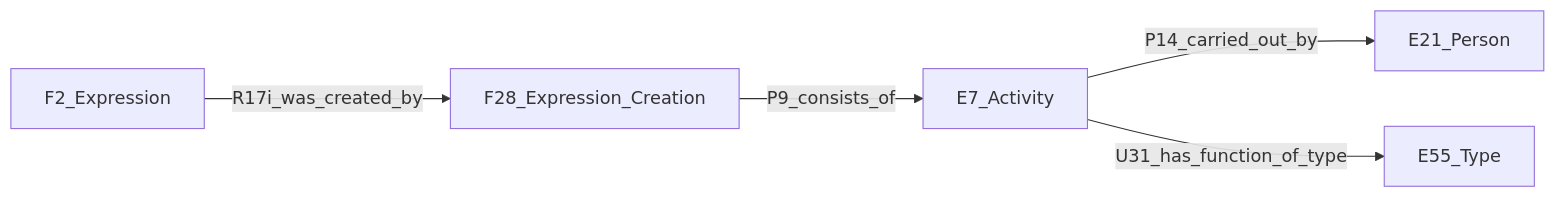
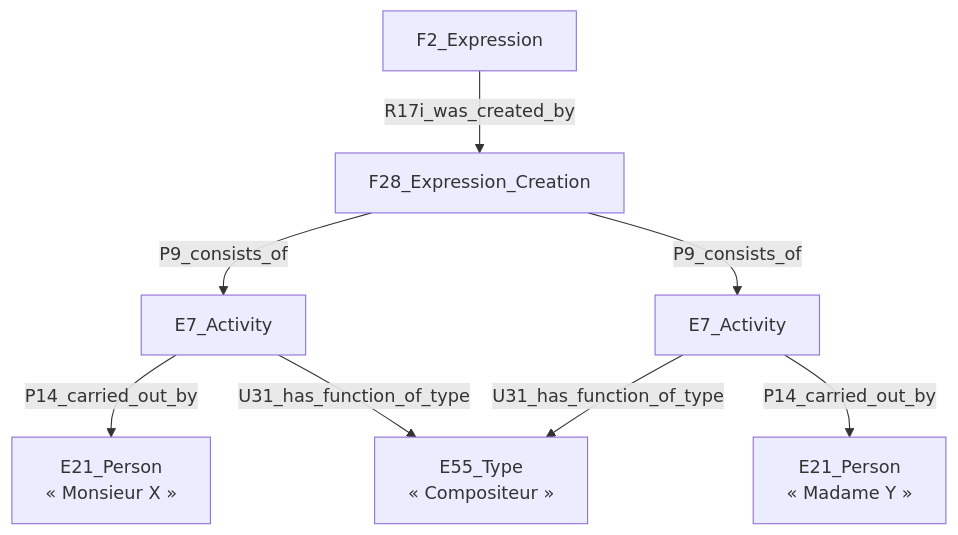
One commit to sherlock-iremus/sherlock-grist-to-crm changed the diagram in README.md. Above: the diagram before and after it, drawn with Mermaid. The commit also changed other lines of this file and 1 other file, not shown here.

````diff
--- a/README.md
+++ b/README.md
@@ -37,6 +34,15 @@
 ```mermaid
-flowchart LR
-    F2_Expression -->|R17i_was_created_by| F28_Expression_Creation -->|P9_consists_of| E7_Activity
-    E7_Activity -->|P14_carried_out_by| E21_Person
-    E7_Activity -->|U31_has_function_of_type| E55_Type
+flowchart TB
+    F2_Expression -->|R17i_was_created_by| F28_Expression_Creation
+    F28_Expression_Creation -->|P9_consists_of| E7a
+    F28_Expression_Creation -->|P9_consists_of| E7b
+    E7a[E7_Activity]
+    E7b[E7_Activity]
+    E55a[E55_Type<br>« Compositeur »]
+    E21a[E21_Person<br>« Monsieur X »]
+    E21b[E21_Person<br>« Madame Y »]
+    E7a -->|P14_carried_out_by| E21a
+    E7a -->|U31_has_function_of_type| E55a
+    E7b -->|P14_carried_out_by| E21b
+    E7b -->|U31_has_function_of_type| E55a
 ```
````
